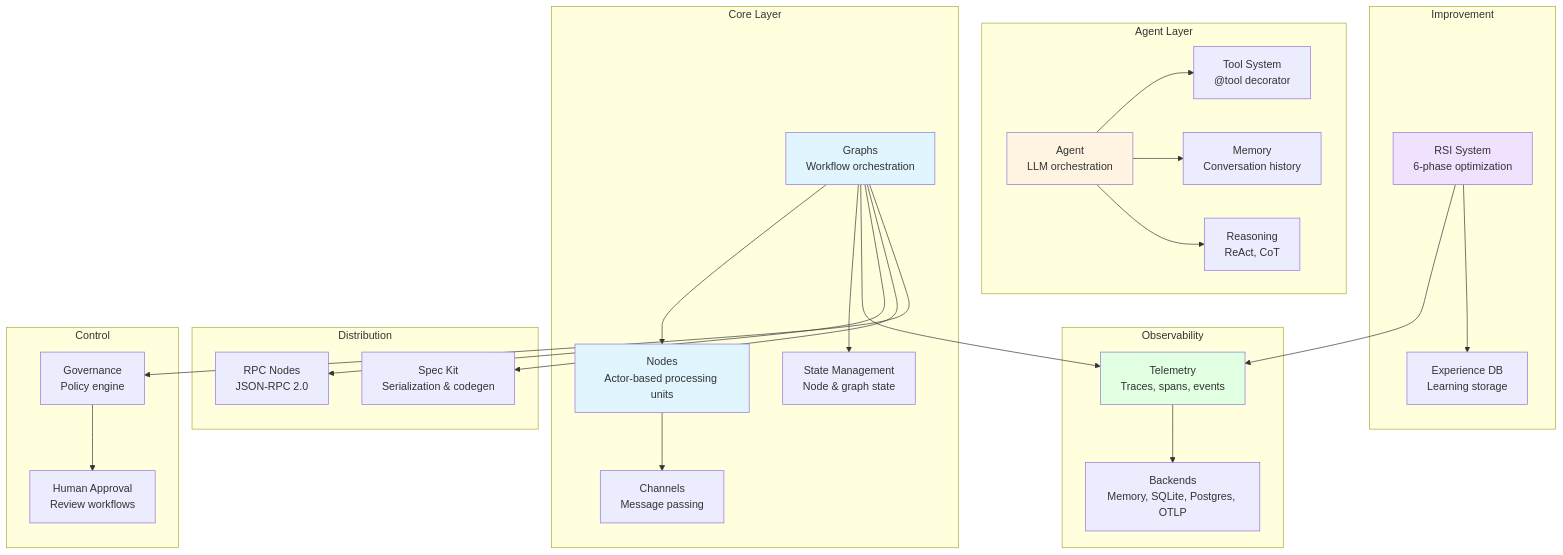
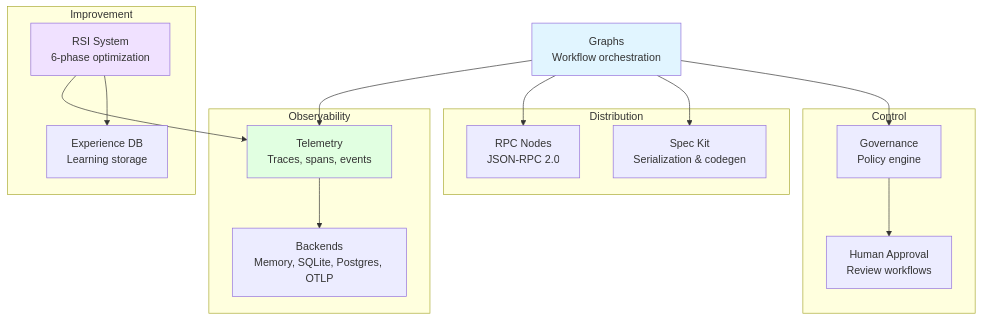
One commit to wensheng/spark changed the second of 2 diagrams in docs/introduction/overview.md. Above: the diagram before and after it, drawn with Mermaid. The commit also changed 5 other files, not shown here.

````diff
--- a/docs/introduction/overview.md
+++ b/docs/introduction/overview.md
@@ -118,57 +142,37 @@
 ```mermaid
 graph TB
-    subgraph "Core Layer"
-        Nodes["Nodes<br/>Actor-based processing units"]
-        Graphs["Graphs<br/>Workflow orchestration"]
-        State["State Management<br/>Node & graph state"]
-        Channels["Channels<br/>Message passing"]
-    end
-
-    subgraph "Agent Layer"
-        Agent["Agent<br/>LLM orchestration"]
-        Tools["Tool System<br/>@tool decorator"]
-        Memory["Memory<br/>Conversation history"]
-        Strategies["Reasoning<br/>ReAct, CoT"]
-    end
+    Graphs["Graphs<br/>Workflow orchestration"]
 
     subgraph "Observability"
         Telemetry["Telemetry<br/>Traces, spans, events"]
         Backends["Backends<br/>Memory, SQLite, Postgres, OTLP"]
     end
 
     subgraph "Improvement"
         RSI["RSI System<br/>6-phase optimization"]
         Experience["Experience DB<br/>Learning storage"]
     end
 
     subgraph "Distribution"
         RPC["RPC Nodes<br/>JSON-RPC 2.0"]
         SpecKit["Spec Kit<br/>Serialization & codegen"]
     end
 
     subgraph "Control"
         Governance["Governance<br/>Policy engine"]
         Approval["Human Approval<br/>Review workflows"]
     end
 
-    Graphs --> Nodes
-    Graphs --> State
-    Nodes --> Channels
-    Agent --> Tools
-    Agent --> Memory
-    Agent --> Strategies
     Graphs --> Telemetry
     Telemetry --> Backends
     RSI --> Telemetry
     RSI --> Experience
     Graphs --> RPC
     Graphs --> SpecKit
     Graphs --> Governance
     Governance --> Approval
 
-    style Nodes fill:#e1f5ff
     style Graphs fill:#e1f5ff
-    style Agent fill:#fff4e1
     style RSI fill:#f0e1ff
     style Telemetry fill:#e1ffe1
 ```
````
